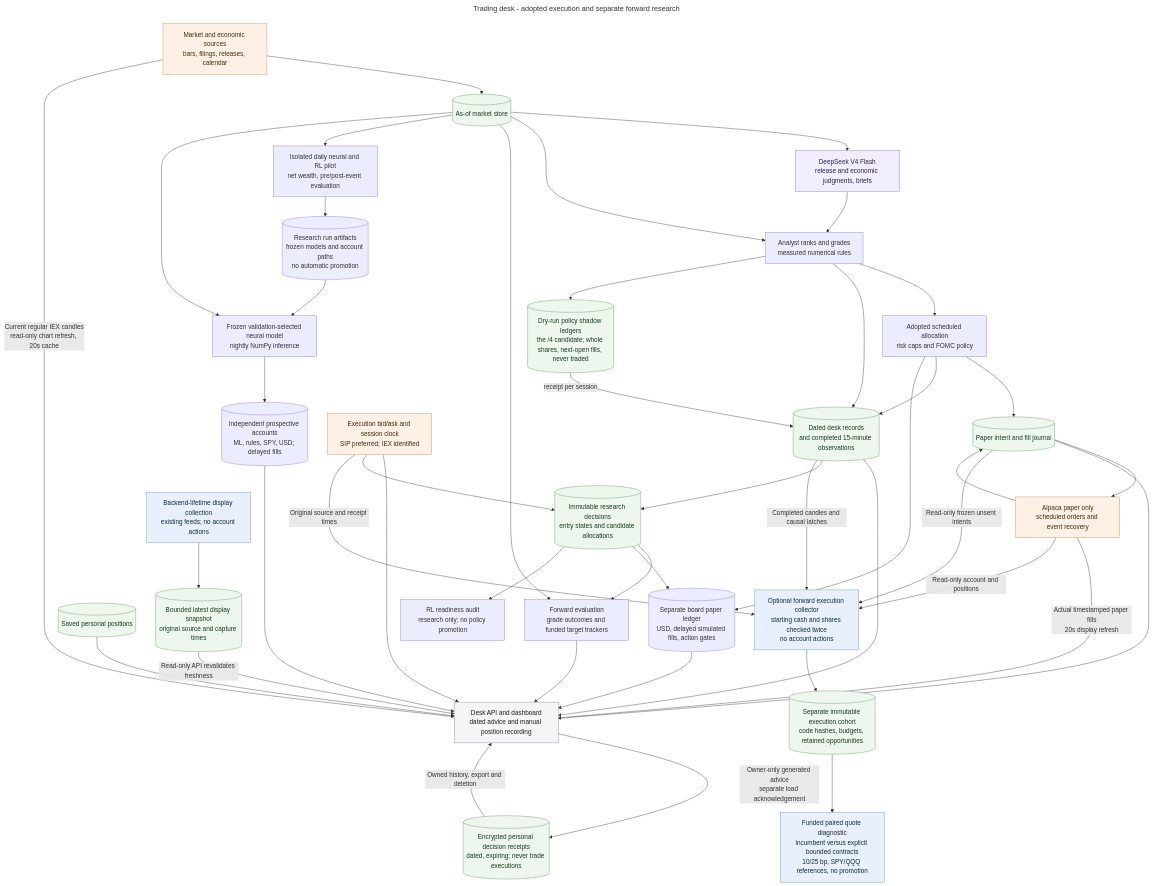
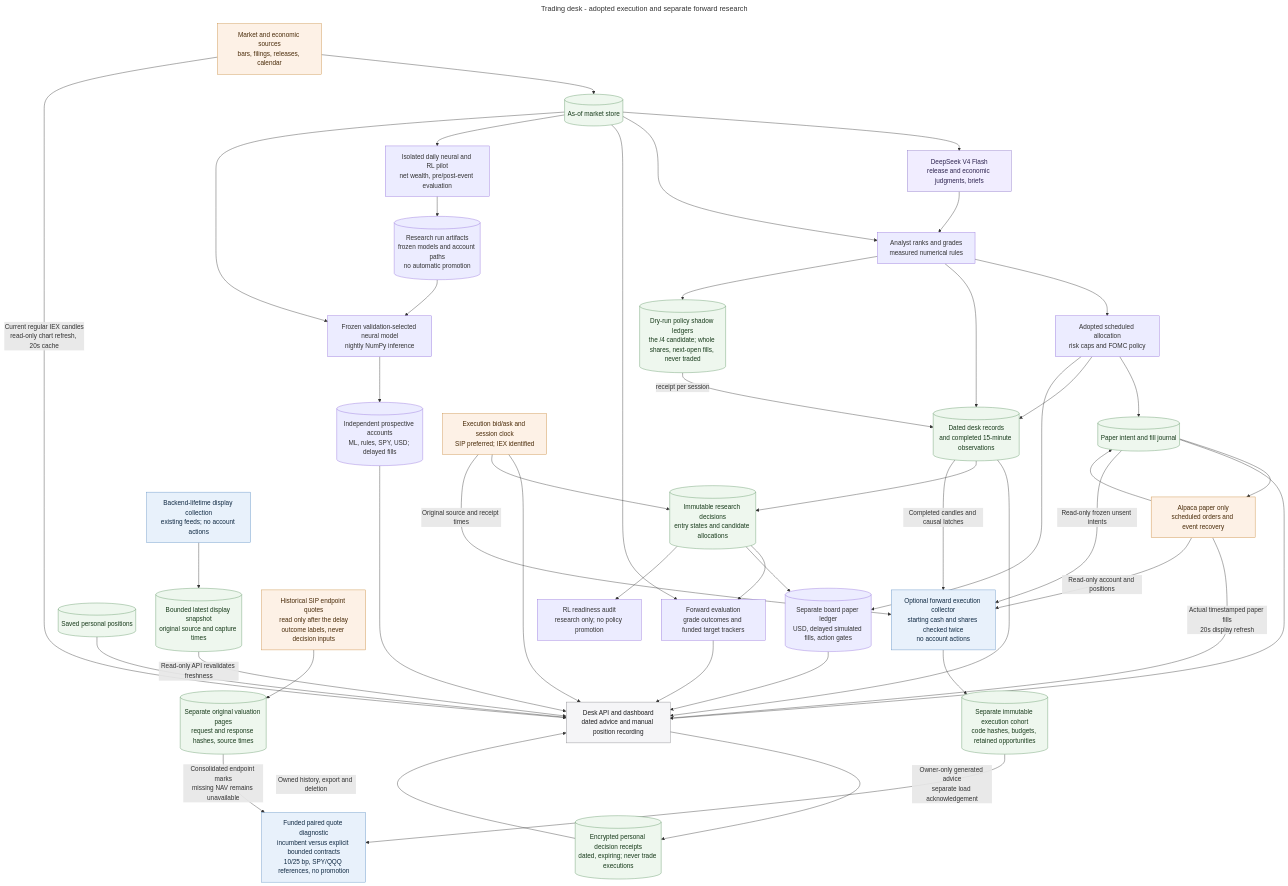
One commit to MallyaAni/PersonalAssistant changed the diagram in docs/diagrams/agent-trading-desk.mmd. Above: the diagram before and after it, drawn with Mermaid. The commit also changed 3 other files, not shown here.

Commit message:
Record verified delayed labels and preserve their outcome-only boundary

```diff
--- a/docs/diagrams/agent-trading-desk.mmd
+++ b/docs/diagrams/agent-trading-desk.mmd
@@ -1,58 +1,60 @@
 ---
 title: Trading desk - adopted execution and separate forward research
 ---
 flowchart TB
     Providers[Market and economic sources<br/>bars, filings, releases, calendar] --> Store[(As-of market store)]
     Store --> Models[DeepSeek V4 Flash<br/>release and economic judgments, briefs]
     Store --> Grades[Analyst ranks and grades<br/>measured numerical rules]
     Models --> Grades
     Grades --> Plan[Adopted scheduled allocation<br/>risk caps and FOMC policy]
     Plan --> Journal[(Paper intent and fill journal)]
     Journal --> Broker[Alpaca paper only<br/>scheduled orders and event recovery]
     Broker --> Journal
     Grades --> Records[(Dated desk records<br/>and completed 15-minute observations)]
     Plan --> Records
     Records --> View[Desk API and dashboard<br/>dated advice and manual position recording]
     Journal --> View
     Providers -->|Current regular IEX candles<br/>read-only chart refresh, 20s cache| View
     Broker -->|Actual timestamped paper fills<br/>20s display refresh| View
     Quotes[Execution bid/ask and session clock<br/>SIP preferred; IEX identified] --> View
     DisplayCollector[Backend-lifetime display collection<br/>existing feeds; no account actions] --> DisplaySnapshot[(Bounded latest display snapshot<br/>original source and capture times)]
     DisplaySnapshot -->|Read-only API revalidates freshness| View
     Holdings[(Saved personal positions)] --> View
     View -->|Owner-only generated advice<br/>separate load acknowledgement| PersonalHistory[(Encrypted personal decision receipts<br/>dated, expiring; never trade executions)]
     PersonalHistory -->|Owned history, export and deletion| View
     Records --> Research[(Immutable research decisions<br/>entry states and candidate allocations)]
     Quotes --> Research
     Journal -->|Read-only frozen unsent intents| ExecutionCapture[Optional forward execution collector<br/>starting cash and shares checked twice<br/>no account actions]
     Broker -->|Read-only account and positions| ExecutionCapture
     Quotes -->|Original source and receipt times| ExecutionCapture
     Records -->|Completed candles and causal latches| ExecutionCapture
     ExecutionCapture --> ExecutionArchive[(Separate immutable execution cohort<br/>code hashes, budgets, retained opportunities)]
     ExecutionArchive --> ExecutionCompare[Funded paired quote diagnostic<br/>incumbent versus explicit bounded contracts<br/>10/25 bp, SPY/QQQ references, no promotion]
+    DelayedQuotes[Historical SIP endpoint quotes<br/>read only after the delay<br/>outcome labels, never decision inputs] --> ExecutionLabels[(Separate original valuation pages<br/>request and response hashes, source times)]
+    ExecutionLabels -->|Consolidated endpoint marks<br/>missing NAV remains unavailable| ExecutionCompare
     Research --> Evidence[Forward evaluation<br/>grade outcomes and funded target trackers]
     Store --> Evidence
     Evidence --> View
     Research --> Shadow[(Separate board paper ledger<br/>USD, delayed simulated fills, action gates)]
     Plan --> Shadow
     Shadow --> View
     Research --> Audit[RL readiness audit<br/>research only; no policy promotion]
     Store --> Pilot[Isolated daily neural and RL pilot<br/>net wealth, pre/post-event evaluation]
     Pilot --> Artifacts[(Research run artifacts<br/>frozen models and account paths<br/>no automatic promotion)]
     Artifacts --> Frozen[Frozen validation-selected neural model<br/>nightly NumPy inference]
     Store --> Frozen
     Frozen --> MLForward[(Independent prospective accounts<br/>ML, rules, SPY, USD; delayed fills)]
     MLForward --> View
     Grades --> PolicyShadow[(Dry-run policy shadow ledgers<br/>the /4 candidate; whole shares, next-open fills, never traded)]
     PolicyShadow -->|receipt per session| Records
 
     classDef data fill:#eef7ee,stroke:#5f9562,color:#183b1b;
     classDef external fill:#fdf1e6,stroke:#c98a3d,color:#4a2c0a;
     classDef model fill:#f1edff,stroke:#8872c6,color:#2e2450;
     classDef interface fill:#f5f5f7,stroke:#86868b,color:#1d1d1f;
     classDef application fill:#e8f1fb,stroke:#5e8fc4,color:#102a43;
-    class Store,Journal,Records,Holdings,Research,PersonalHistory,DisplaySnapshot,PolicyShadow,ExecutionArchive data;
-    class Providers,Broker,Quotes external;
+    class Store,Journal,Records,Holdings,Research,PersonalHistory,DisplaySnapshot,PolicyShadow,ExecutionArchive,ExecutionLabels data;
+    class Providers,Broker,Quotes,DelayedQuotes external;
     class Models model;
     class View interface;
     class DisplayCollector,ExecutionCapture,ExecutionCompare application;
```
